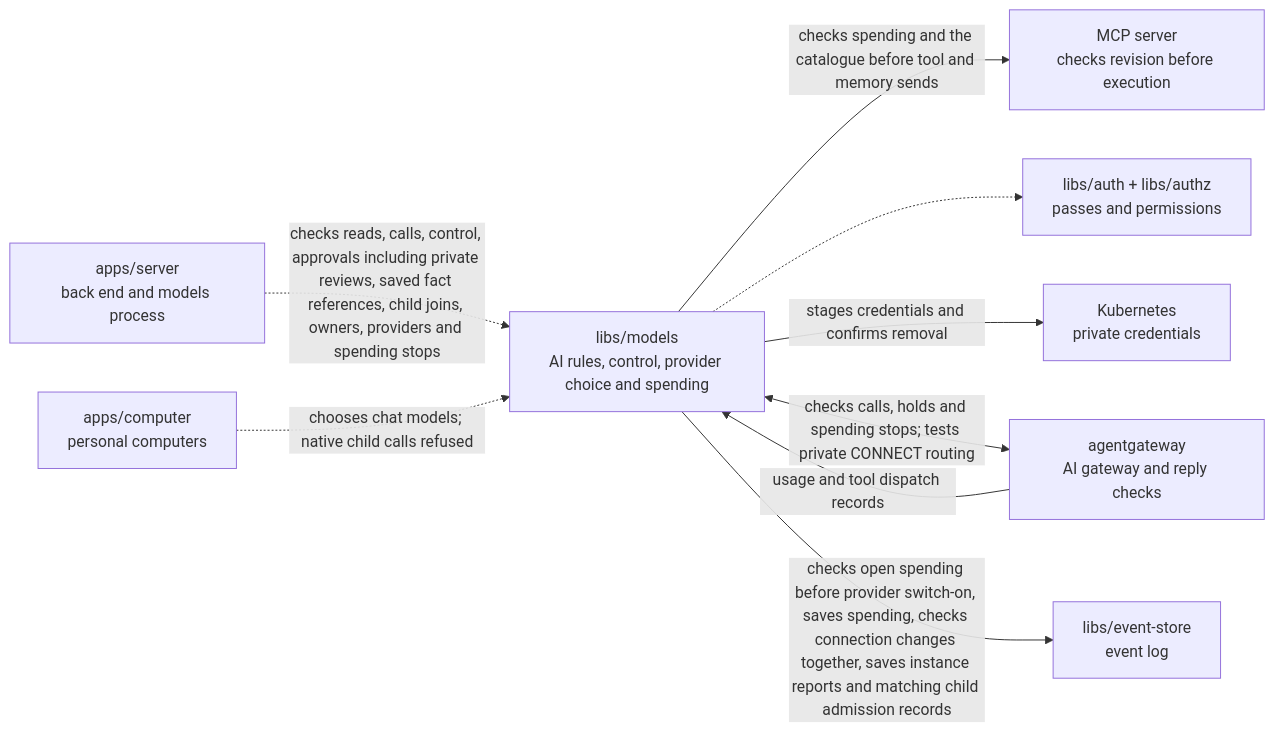
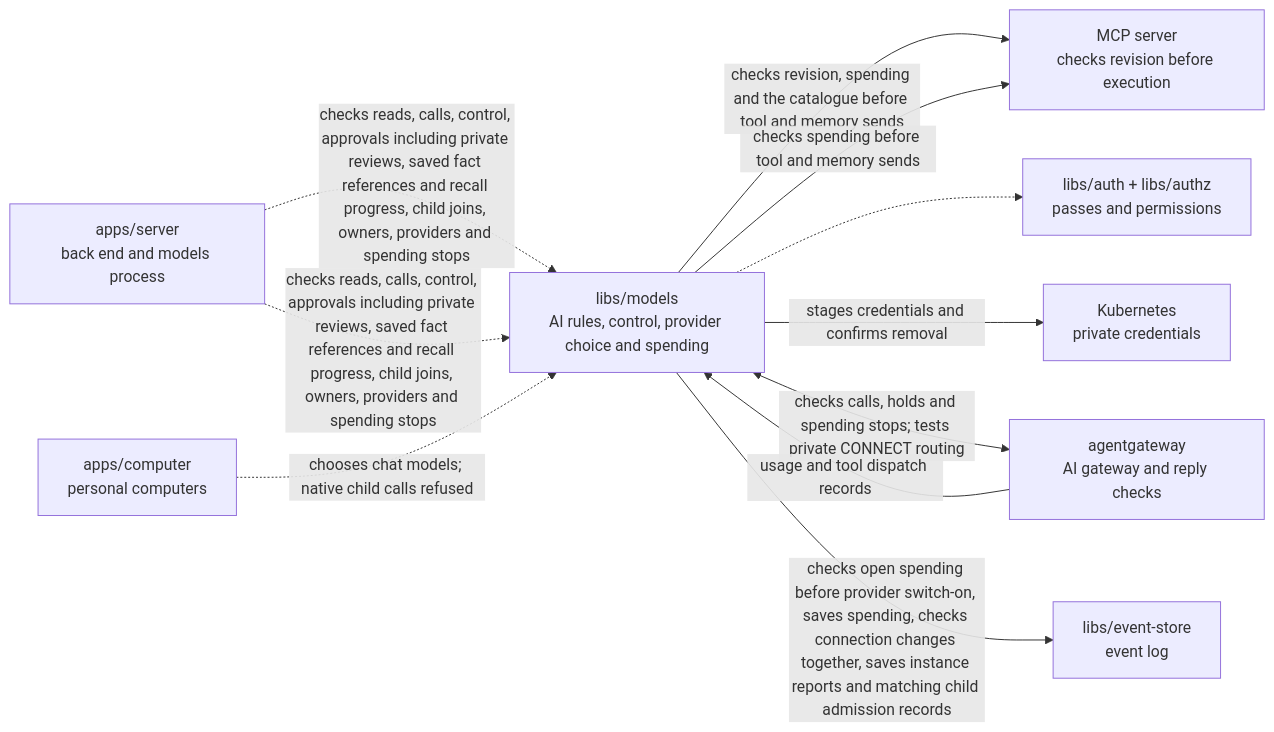
The diagram in libs/models/README.md (elewa-git/opencrane-new), drawn with Mermaid before and after one commit. The commit also changed other lines of this file and 10 other files, not shown here.

Commit message:
🧠 Recall saves its references before returning facts

````diff
--- a/libs/models/README.md
+++ b/libs/models/README.md
@@ -14,11 +14,13 @@
 ```mermaid
 flowchart LR
-  server["apps/server<br/>back end and models process"] -.->|checks reads, calls, control, approvals including private reviews, saved fact references, child joins, owners, providers and spending stops| models["libs/models<br/>AI rules, control, provider choice and spending"]
-  models -->|checks spending and the catalogue before tool and memory sends| mcp["MCP server<br/>checks revision before execution"]
+  server["apps/server<br/>back end and models process"] -.->|checks reads, calls, control, approvals including private reviews, saved fact references and recall progress, child joins, owners, providers and spending stops| models["libs/models<br/>AI rules, control, provider choice and spending"]
+  models -->|checks revision, spending and the catalogue before tool and memory sends| mcp["MCP server<br/>checks revision before execution"]
+  server["apps/server<br/>back end and models process"] -.->|checks reads, calls, control, approvals including private reviews, saved fact references and recall progress, child joins, owners, providers and spending stops| models["libs/models<br/>AI rules, control, provider choice and spending"]
+  models -->|checks spending before tool and memory sends| mcp["MCP server<br/>checks revision before execution"]
   computer["apps/computer<br/>personal computers"] -.->|chooses chat models; native child calls refused| models
   models -.-> auth["libs/auth + libs/authz<br/>passes and permissions"]
   models -->|stages credentials and confirms removal| custody["Kubernetes<br/>private credentials"]
   models <-->|checks calls, holds and spending stops; tests private CONNECT routing| gateway["agentgateway<br/>AI gateway and reply checks"]
   gateway -->|usage and tool dispatch records| models
   models -->|checks open spending before provider switch-on, saves spending, checks connection changes together, saves instance reports and matching child admission records| store["libs/event-store<br/>event log"]
 ```
````
